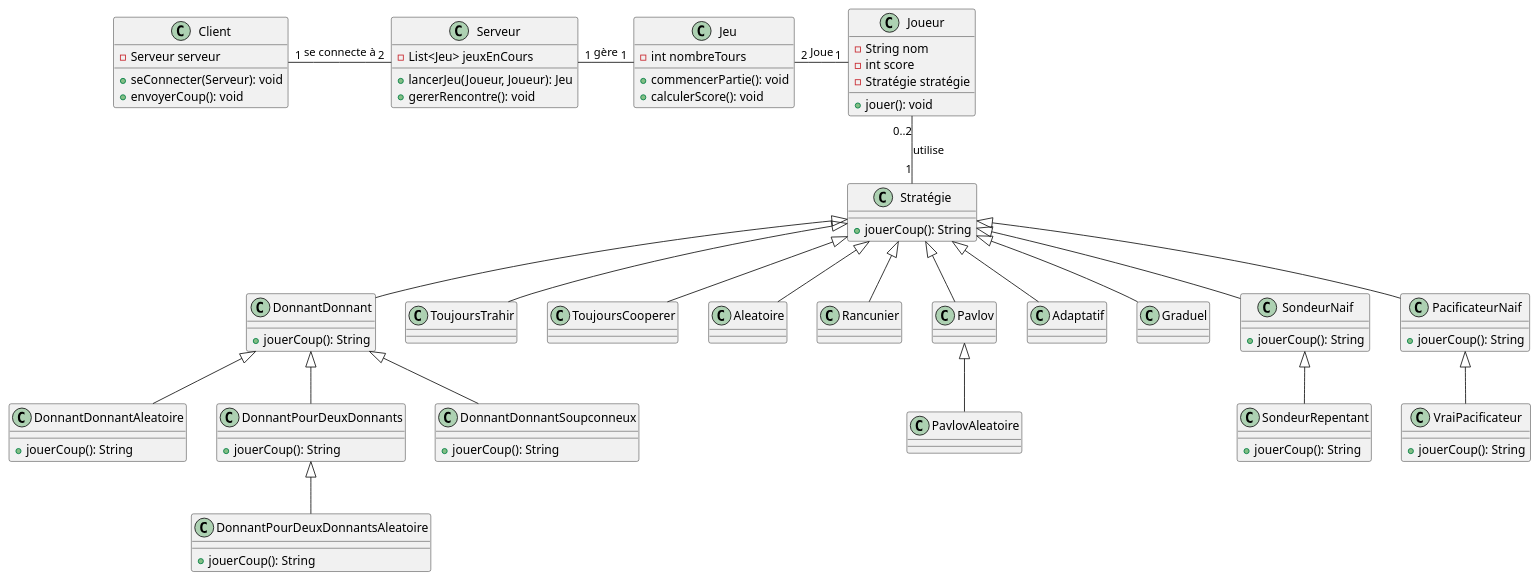
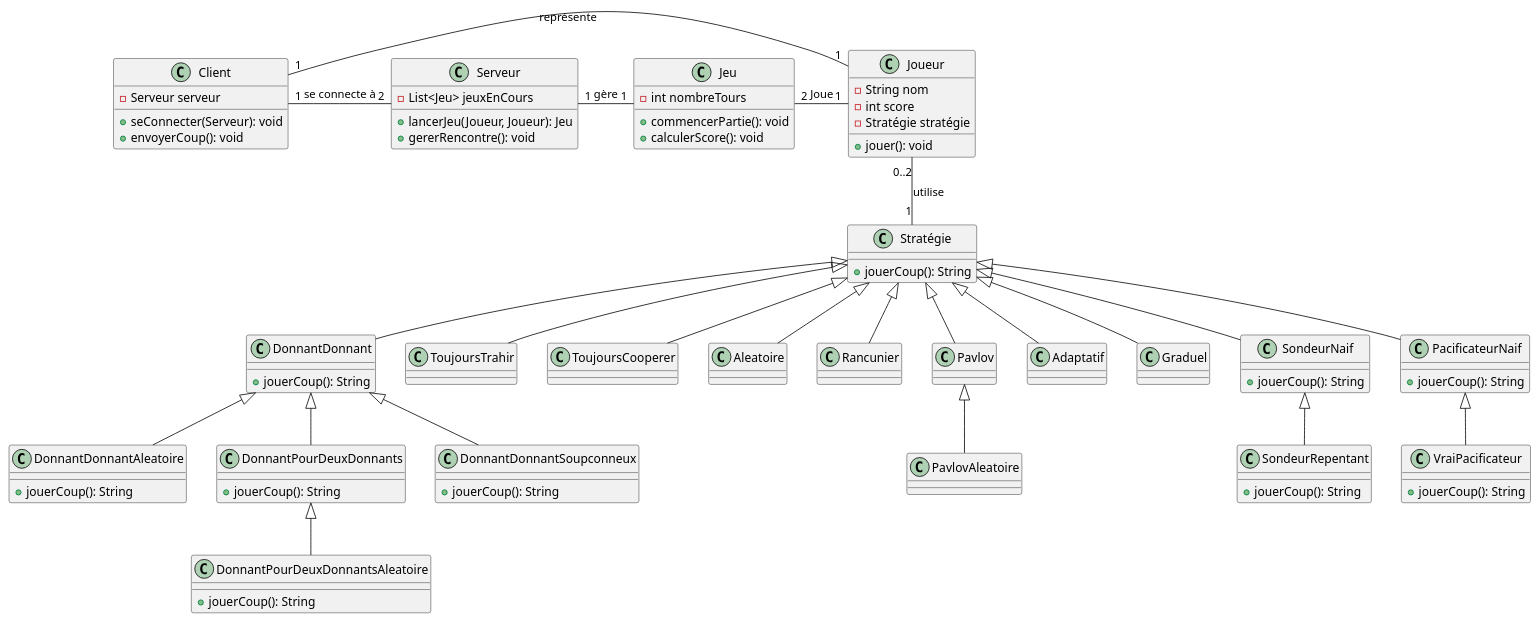
The diagram in src/main/UML/PrisonersDilemma.puml (nicomr70/prisonners-dilemma), drawn with PlantUML before and after one commit. The commit also changed 5 other files, not shown here.

Commit message:
Ajout de la premiére version du serveur et création de la classe Partie + modification de l'UML et ajout de la dependency starter web a pom.xml

```diff
--- a/src/main/UML/PrisonersDilemma.puml
+++ b/src/main/UML/PrisonersDilemma.puml
@@ -1,87 +1,88 @@
 @startuml
 class Jeu {
     -int nombreTours
     +commencerPartie(): void
     +calculerScore(): void
 }
 
 class Joueur {
     -String nom
     -int score
     -Stratégie stratégie
     +jouer(): void
 }
 
 class Stratégie {
     +jouerCoup(): String
 }
 
 class Serveur {
     -List<Jeu> jeuxEnCours
     +lancerJeu(Joueur, Joueur): Jeu
     +gererRencontre(): void
 }
 
 class Client {
     -Serveur serveur
     +seConnecter(Serveur): void
     +envoyerCoup(): void
 }
 
 Jeu "2" - "1" Joueur : "Joue"
 Joueur "0..2" -- "1" Stratégie : "utilise"
 Serveur "1"-"1" Jeu : "gère"
 Client "1" - "2" Serveur : "se connecte à"
+Client "1" - "1" Joueur : "représente"
 
 Stratégie <|-- DonnantDonnant
 Stratégie <|-- ToujoursTrahir
 Stratégie <|-- ToujoursCooperer
 Stratégie <|-- Aleatoire
 Stratégie <|-- Rancunier
 Stratégie <|-- Pavlov
 Stratégie <|-- Adaptatif
 Stratégie <|-- Graduel
 Stratégie <|-- SondeurNaif
 Stratégie <|-- PacificateurNaif
 
 DonnantDonnant <|-- DonnantDonnantAleatoire
 DonnantDonnant <|-- DonnantPourDeuxDonnants
 DonnantPourDeuxDonnants <|-- DonnantPourDeuxDonnantsAleatoire
 DonnantDonnant <|-- DonnantDonnantSoupconneux
 
 Pavlov <|-- PavlovAleatoire
 
 class DonnantDonnant {
     +jouerCoup(): String
 }
 class DonnantDonnantAleatoire {
     +jouerCoup(): String
 }
 class DonnantPourDeuxDonnants {
     +jouerCoup(): String
 }
 class DonnantPourDeuxDonnantsAleatoire {
     +jouerCoup(): String
 }
 class DonnantDonnantSoupconneux {
     +jouerCoup(): String
 }
 
 class SondeurNaif {
     +jouerCoup(): String
 }
 class SondeurRepentant {
     +jouerCoup(): String
 }
 
 class PacificateurNaif {
     +jouerCoup(): String
 }
 class VraiPacificateur {
     +jouerCoup(): String
 }
 
 SondeurNaif <|-- SondeurRepentant
 PacificateurNaif <|-- VraiPacificateur
 
 @enduml
```
